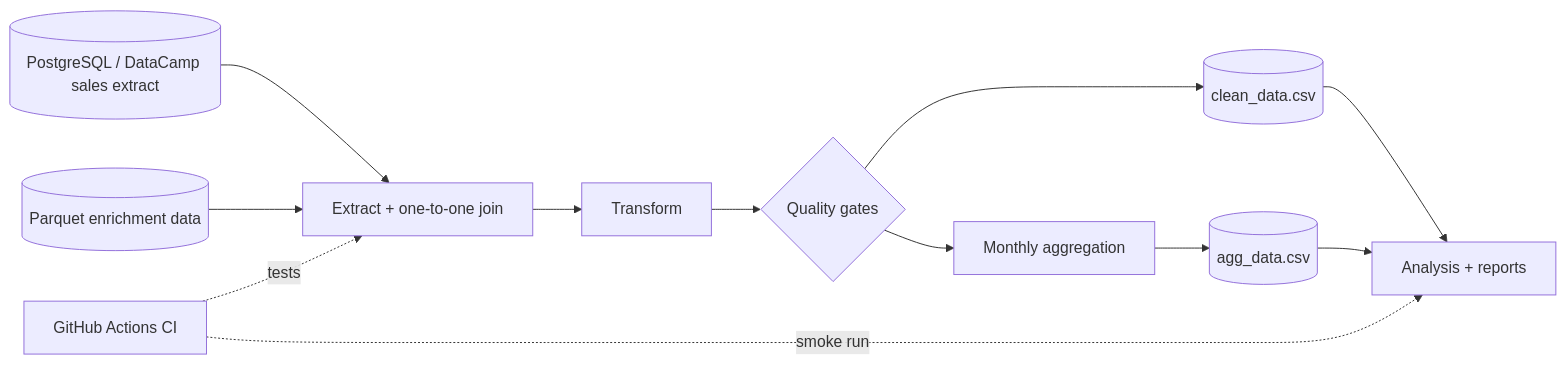
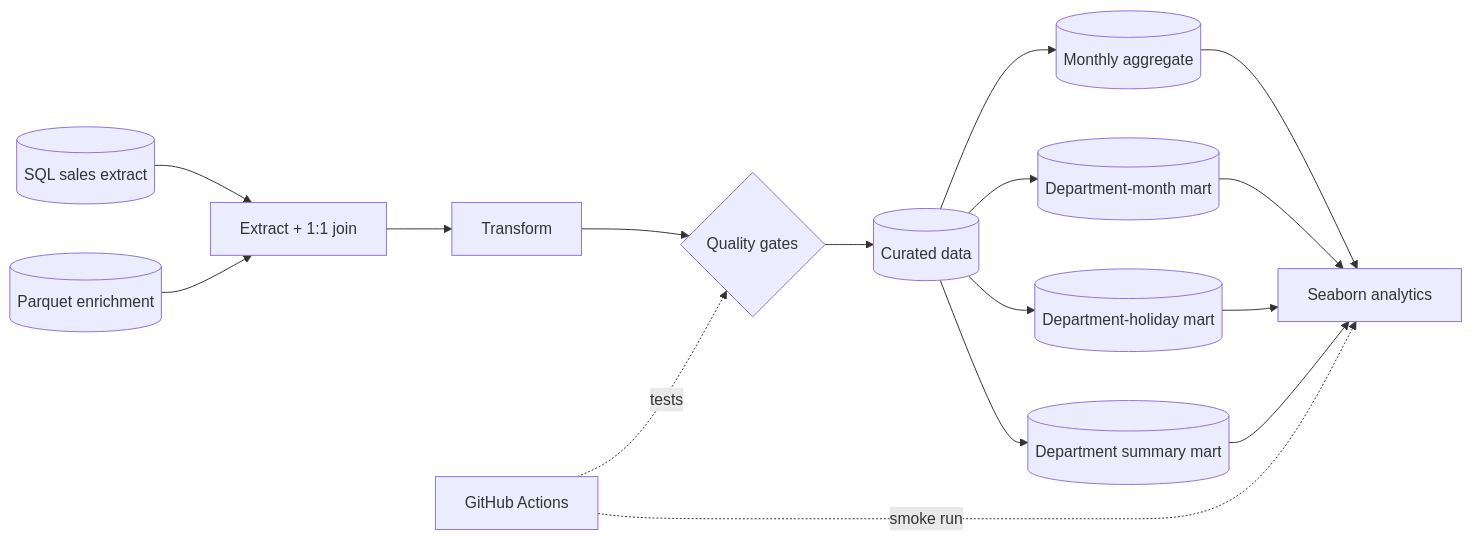
The diagram in docs/architecture.md (Danish-Mallick/walmart-ecommerce-sales-pipeline), drawn with Mermaid before and after one commit. The commit also changed other lines of this file and 16 other files, not shown here.

Commit message:
Add analytics marts, professional visualizations, and business analysis layer

````diff
--- a/docs/architecture.md
+++ b/docs/architecture.md
@@ -5,25 +5,31 @@
 ```mermaid
 flowchart LR
-    SQL[(PostgreSQL / DataCamp sales extract)]
-    PQ[(Parquet enrichment data)]
-    EX[Extract + one-to-one join]
+    SQL[(SQL sales extract)]
+    PQ[(Parquet enrichment)]
+    EX[Extract + 1:1 join]
     TR[Transform]
     Q{Quality gates}
-    CLEAN[(clean_data.csv)]
-    AGG[Monthly aggregation]
-    GOLD[(agg_data.csv)]
-    REP[Analysis + reports]
-    CI[GitHub Actions CI]
+    CUR[(Curated data)]
+    AGG[(Monthly aggregate)]
+    M1[(Department-month mart)]
+    M2[(Department-holiday mart)]
+    M3[(Department summary mart)]
+    VIS[Seaborn analytics]
+    CI[GitHub Actions]
 
     SQL --> EX
     PQ --> EX
     EX --> TR
     TR --> Q
-    Q --> CLEAN
-    Q --> AGG
-    AGG --> GOLD
-    CLEAN --> REP
-    GOLD --> REP
-    CI -. tests .-> EX
-    CI -. smoke run .-> REP
+    Q --> CUR
+    CUR --> AGG
+    CUR --> M1
+    CUR --> M2
+    CUR --> M3
+    AGG --> VIS
+    M1 --> VIS
+    M2 --> VIS
+    M3 --> VIS
+    CI -. tests .-> Q
+    CI -. smoke run .-> VIS
 ```
````
